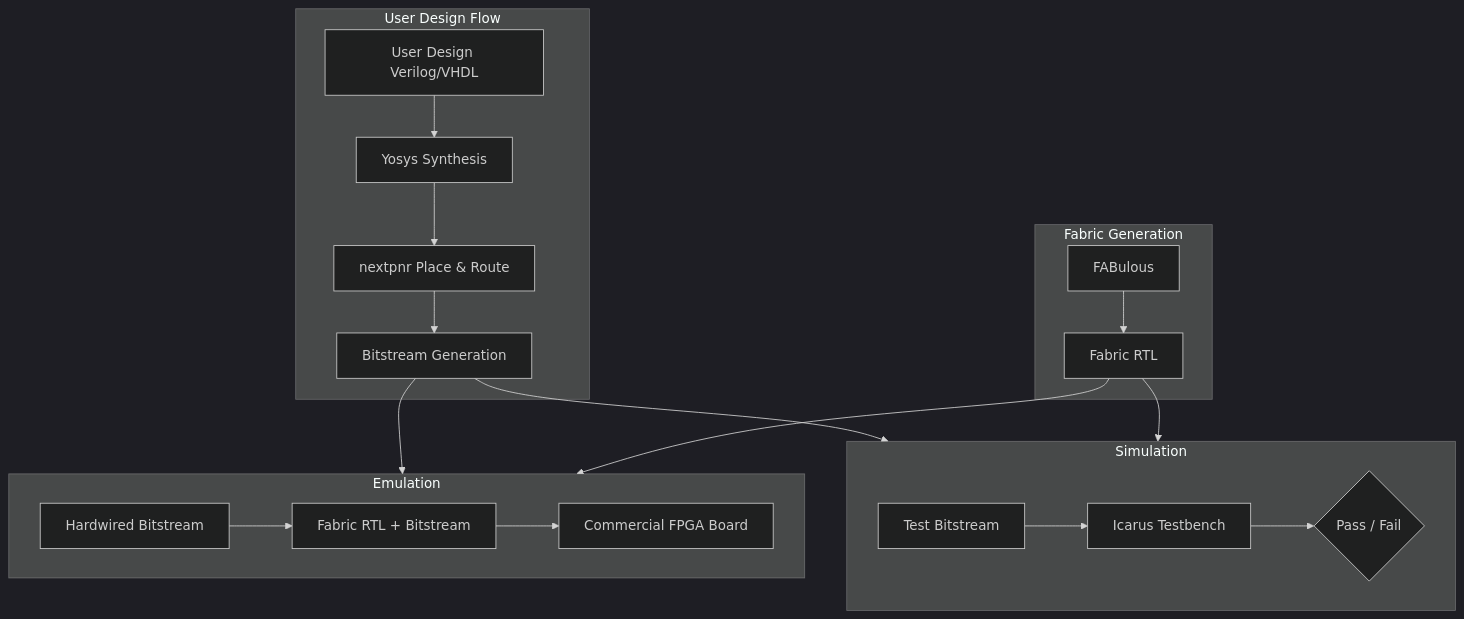
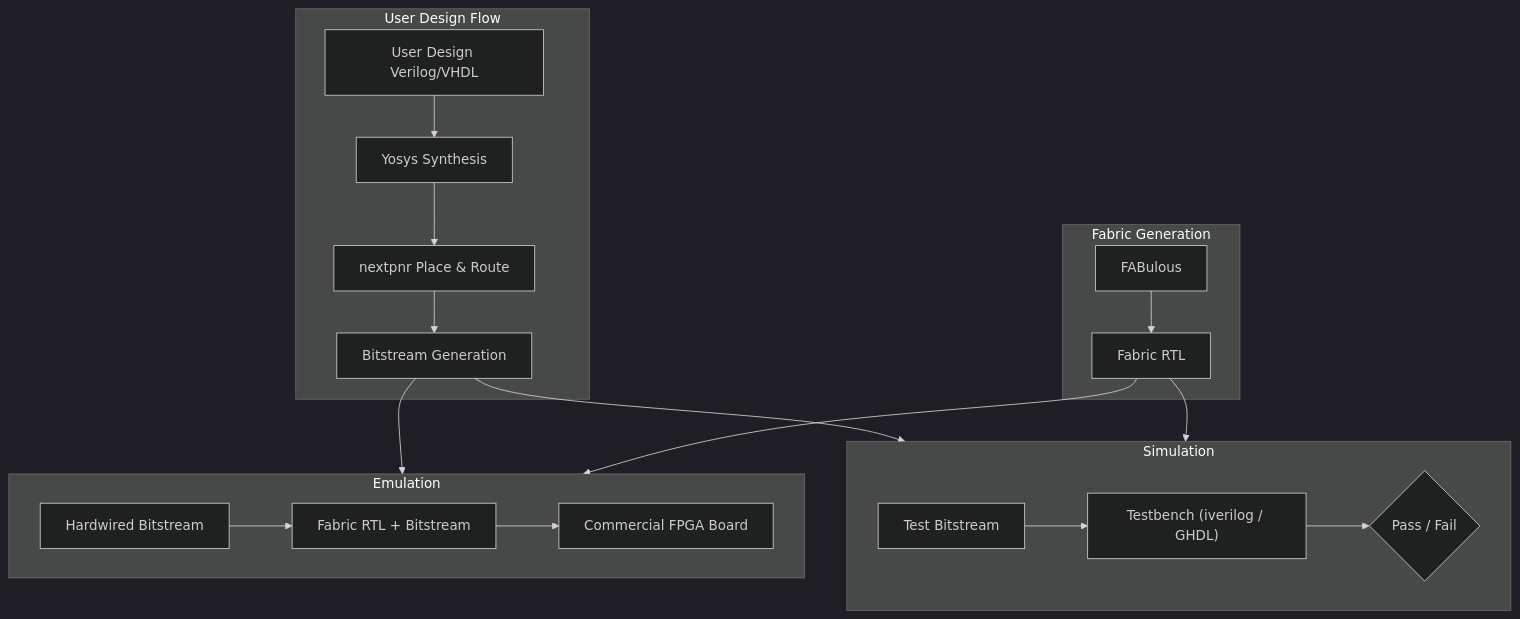
The first of 2 diagrams in docs/source/user_guide/simulation/simulation.md (KelvinChung2000/FABulous), drawn with Mermaid (dark theme) before and after one commit. The commit also changed other lines of this file and 2 other files, not shown here.

````diff
--- a/docs/source/user_guide/simulation/simulation.md
+++ b/docs/source/user_guide/simulation/simulation.md
@@ -8,29 +8,29 @@
 ```{mermaid}
 flowchart TB
     subgraph design ["User Design Flow"]
         A[User Design Verilog/VHDL] --> B[Yosys Synthesis]
         B --> C[nextpnr Place & Route]
         C --> D[Bitstream Generation]
     end
 
     subgraph fabric ["Fabric Generation"]
         F[FABulous] --> G[Fabric RTL]
     end
 
     subgraph sim ["Simulation"]
         direction LR
-        E[Test Bitstream] --> H[Icarus Testbench]
+        E[Test Bitstream] --> H["Testbench (iverilog / GHDL)"]
         H --> I{Pass / Fail}
     end
 
     subgraph emu ["Emulation"]
         direction LR
         J[Hardwired Bitstream] --> K[Fabric RTL + Bitstream]
         K --> L[Commercial FPGA Board]
     end
 
     D --> E
     D --> J
     G --> H
     G --> K
 ```
````
